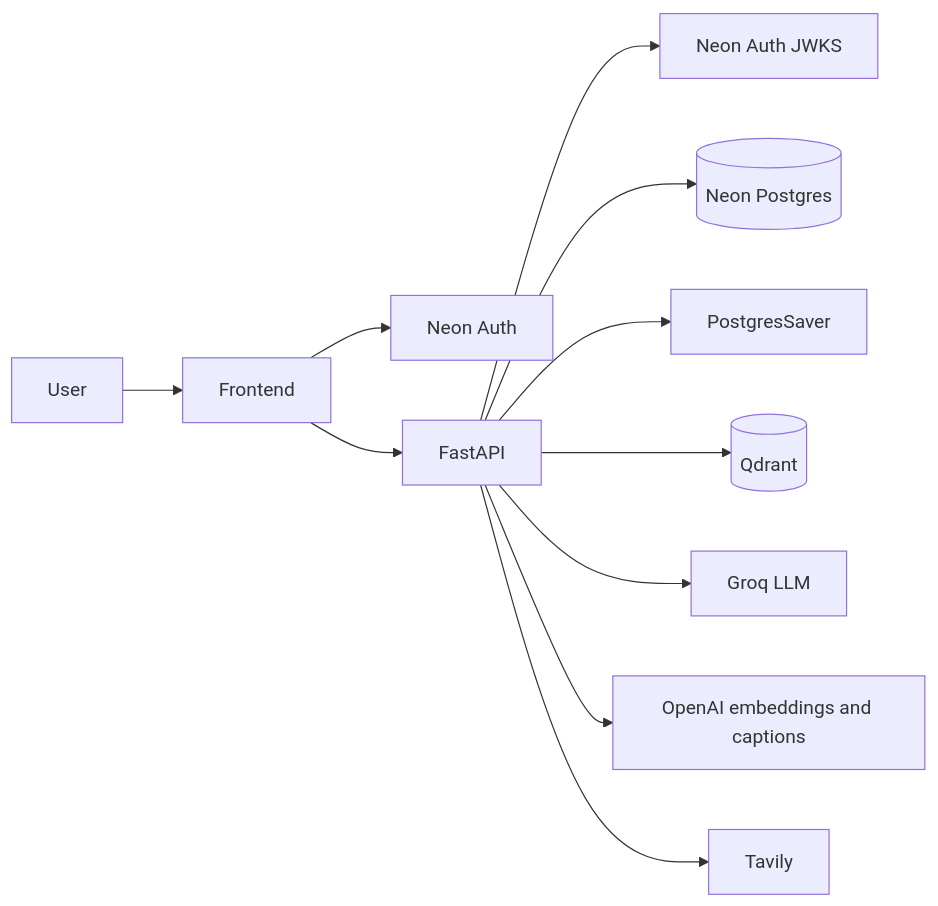
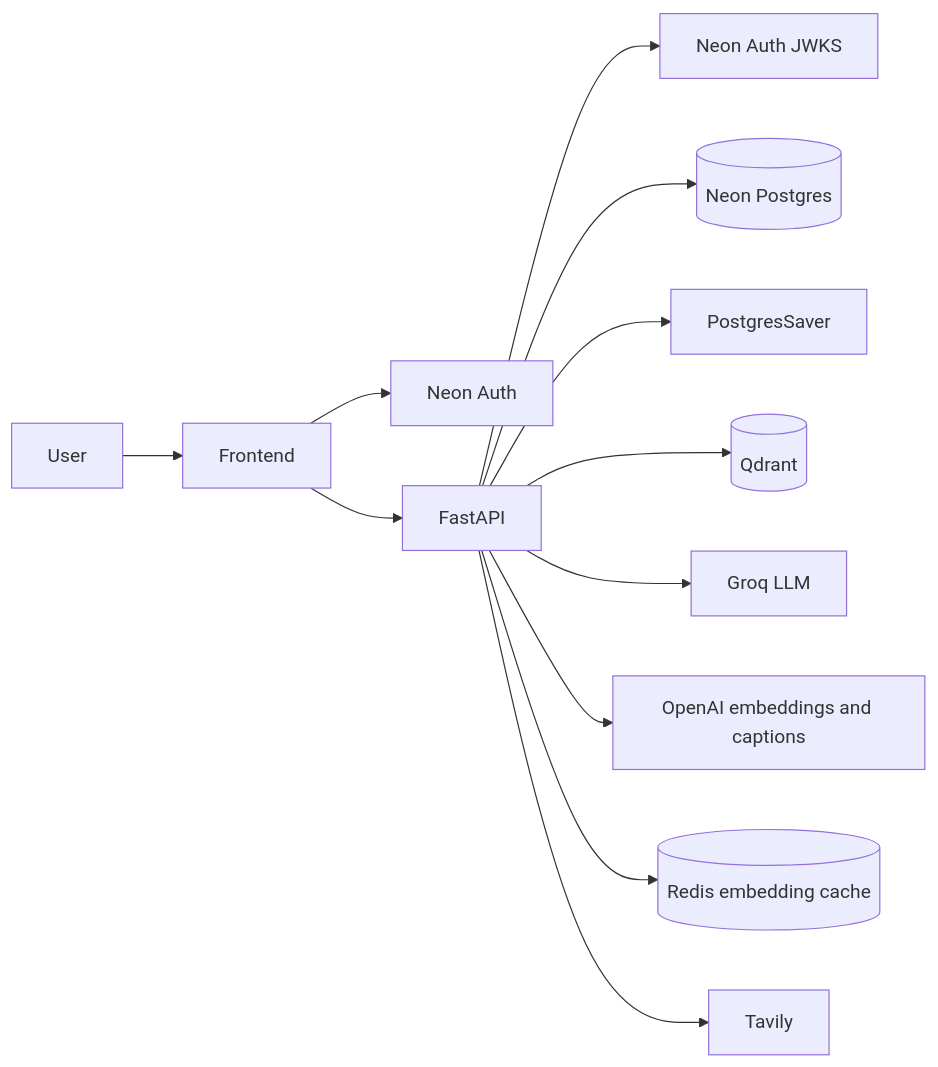
Before and after one commit to ayush-singh314/researchLM: the diagram in readme.md, drawn with Mermaid. The commit also changed other lines of this file and 9 other files, not shown here.

Commit message:
added the   embedding cache in the redis

````diff
--- a/readme.md
+++ b/readme.md
@@ -82,13 +92,14 @@
 ```mermaid
 flowchart LR
   User --> Frontend
   Frontend --> NeonAuth[Neon Auth]
   Frontend --> API[FastAPI]
   API --> JWKS[Neon Auth JWKS]
   API --> Postgres[(Neon Postgres)]
   API --> Checkpointer[PostgresSaver]
   API --> Qdrant[(Qdrant)]
   API --> Groq[Groq LLM]
   API --> OpenAI[OpenAI embeddings and captions]
+  API --> Redis[(Redis embedding cache)]
   API --> Tavily[Tavily]
 ```
````
